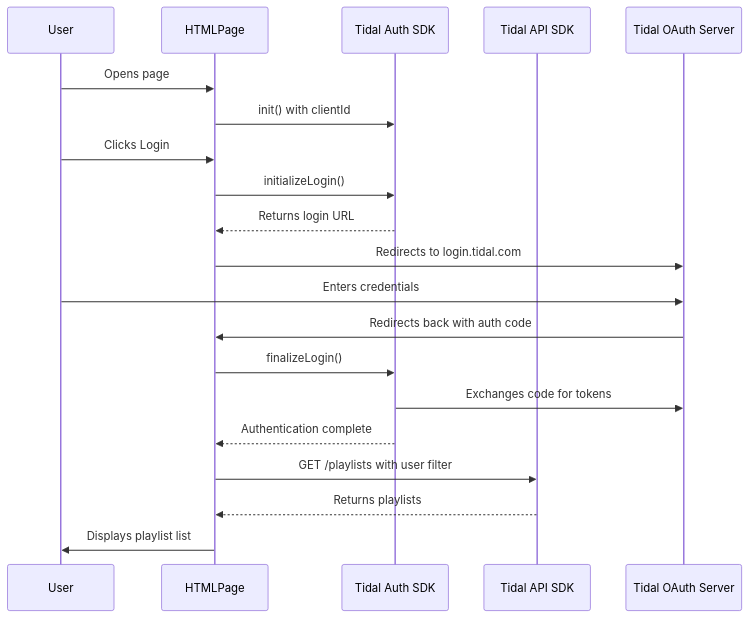
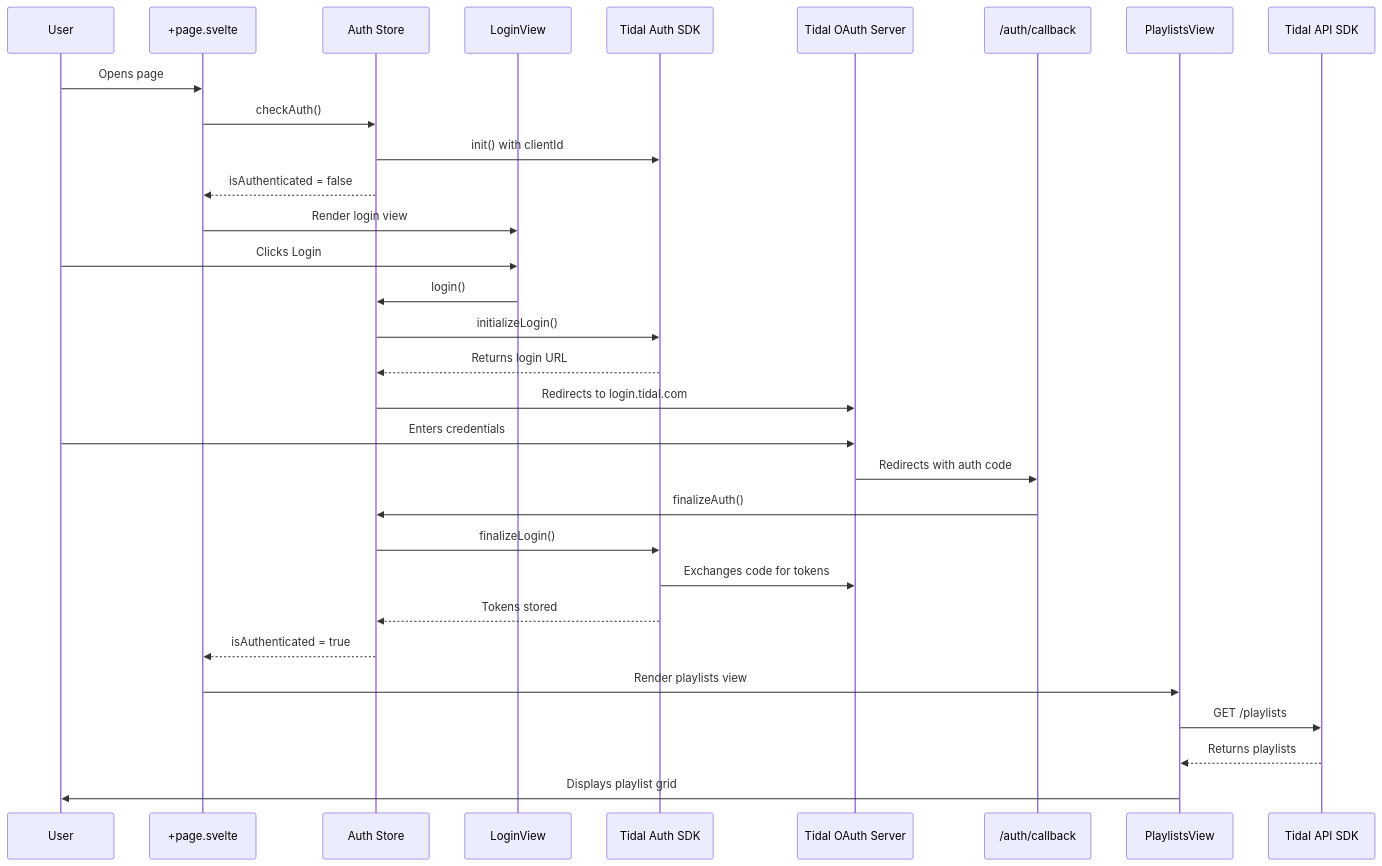
Before and after one commit to zandermax/tidal-playlist-organizer: the diagram in ARCHITECTURE.md, drawn with Mermaid. The commit also changed other lines of this file and 62 other files, not shown here.

````diff
--- a/ARCHITECTURE.md
+++ b/ARCHITECTURE.md
@@ -9,23 +9,34 @@
 ```mermaid
 sequenceDiagram
     participant User
-    participant HTMLPage
+    participant MainPage as +page.svelte
+    participant AuthStore as Auth Store
+    participant LoginView as LoginView
     participant TidalAuth as Tidal Auth SDK
+    participant TidalServer as Tidal OAuth Server
+    participant Callback as /auth/callback
+    participant PlaylistsView as PlaylistsView
     participant TidalAPI as Tidal API SDK
-    participant TidalServer as Tidal OAuth Server
 
-    User->>HTMLPage: Opens page
-    HTMLPage->>TidalAuth: init() with clientId
-    User->>HTMLPage: Clicks Login
-    HTMLPage->>TidalAuth: initializeLogin()
-    TidalAuth-->>HTMLPage: Returns login URL
-    HTMLPage->>TidalServer: Redirects to login.tidal.com
+    User->>MainPage: Opens page
+    MainPage->>AuthStore: checkAuth()
+    AuthStore->>TidalAuth: init() with clientId
+    AuthStore-->>MainPage: isAuthenticated = false
+    MainPage->>LoginView: Render login view
+    User->>LoginView: Clicks Login
+    LoginView->>AuthStore: login()
+    AuthStore->>TidalAuth: initializeLogin()
+    TidalAuth-->>AuthStore: Returns login URL
+    AuthStore->>TidalServer: Redirects to login.tidal.com
     User->>TidalServer: Enters credentials
-    TidalServer->>HTMLPage: Redirects back with auth code
-    HTMLPage->>TidalAuth: finalizeLogin()
+    TidalServer->>Callback: Redirects with auth code
+    Callback->>AuthStore: finalizeAuth()
+    AuthStore->>TidalAuth: finalizeLogin()
     TidalAuth->>TidalServer: Exchanges code for tokens
-    TidalAuth-->>HTMLPage: Authentication complete
-    HTMLPage->>TidalAPI: GET /playlists with user filter
-    TidalAPI-->>HTMLPage: Returns playlists
-    HTMLPage->>User: Displays playlist list
+    TidalAuth-->>AuthStore: Tokens stored
+    AuthStore-->>MainPage: isAuthenticated = true
+    MainPage->>PlaylistsView: Render playlists view
+    PlaylistsView->>TidalAPI: GET /playlists
+    TidalAPI-->>PlaylistsView: Returns playlists
+    PlaylistsView->>User: Displays playlist grid
 ```
````
